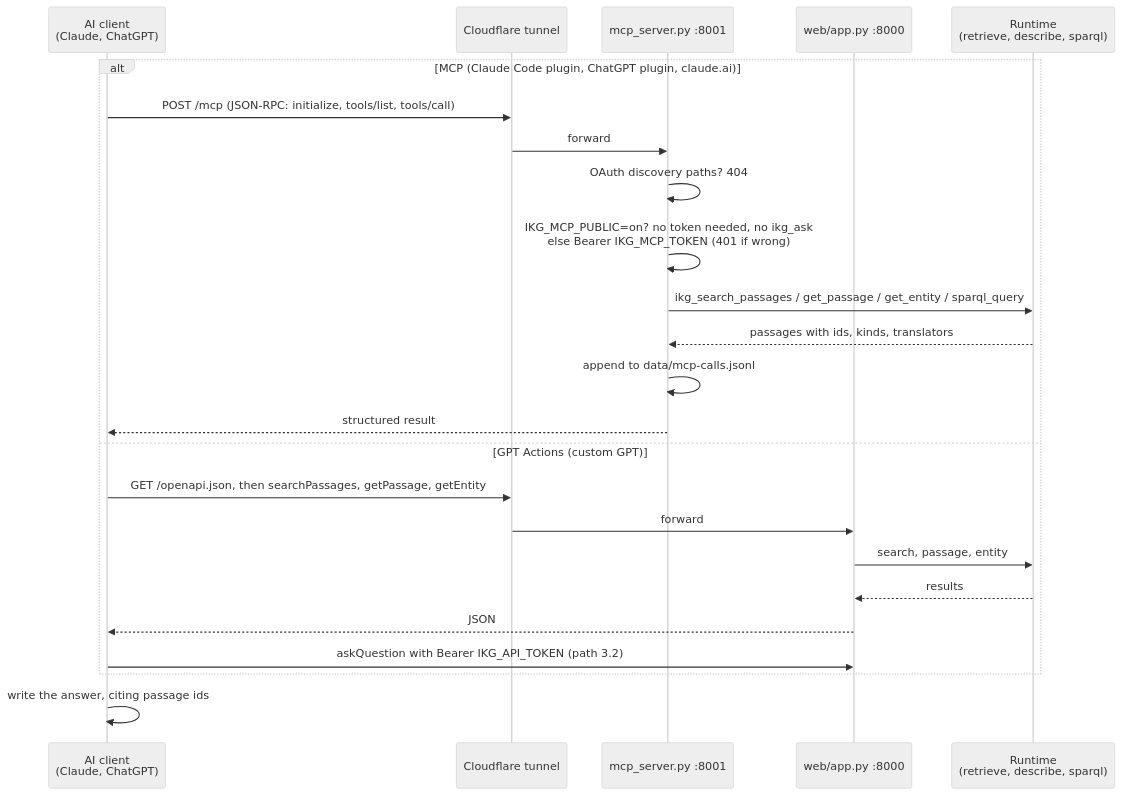
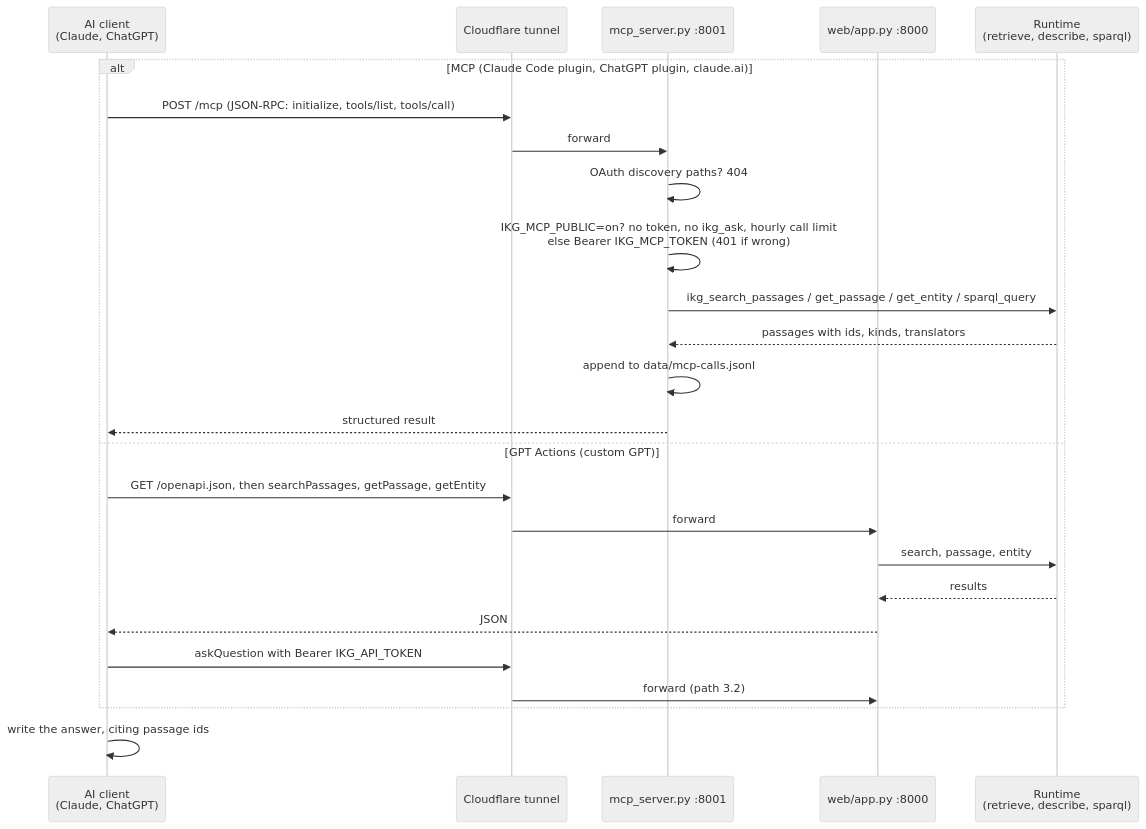
Before and after one commit to vkonda2000/indic-knowledge-graph: the fifth of 7 diagrams in docs/02-architecture.md, drawn with Mermaid (neutral theme). The commit also changed other lines of this file and 14 other files, not shown here.

First line of the commit message:
Review fixes: admin Ask limit, API token for non-browser Ask, public MCP limits, docs

````diff
--- a/docs/02-architecture.md
+++ b/docs/02-architecture.md
@@ -213,26 +215,27 @@
 ```mermaid
 sequenceDiagram
     participant A as AI client<br/>(Claude, ChatGPT)
     participant T as Cloudflare tunnel
     participant M as mcp_server.py :8001
     participant W as web/app.py :8000
     participant R as Runtime<br/>(retrieve, describe, sparql)
     alt MCP (Claude Code plugin, ChatGPT plugin, claude.ai)
         A->>T: POST /mcp (JSON-RPC: initialize, tools/list, tools/call)
         T->>M: forward
         M->>M: OAuth discovery paths? 404
-        M->>M: IKG_MCP_PUBLIC=on? no token needed, no ikg_ask<br/>else Bearer IKG_MCP_TOKEN (401 if wrong)
+        M->>M: IKG_MCP_PUBLIC=on? no token, no ikg_ask, hourly call limit<br/>else Bearer IKG_MCP_TOKEN (401 if wrong)
         M->>R: ikg_search_passages / get_passage / get_entity / sparql_query
         R-->>M: passages with ids, kinds, translators
         M->>M: append to data/mcp-calls.jsonl
         M-->>A: structured result
     else GPT Actions (custom GPT)
         A->>T: GET /openapi.json, then searchPassages, getPassage, getEntity
         T->>W: forward
         W->>R: search, passage, entity
         R-->>W: results
         W-->>A: JSON
-        A->>W: askQuestion with Bearer IKG_API_TOKEN (path 3.2)
+        A->>T: askQuestion with Bearer IKG_API_TOKEN
+        T->>W: forward (path 3.2)
     end
     A->>A: write the answer, citing passage ids
 ```
````
